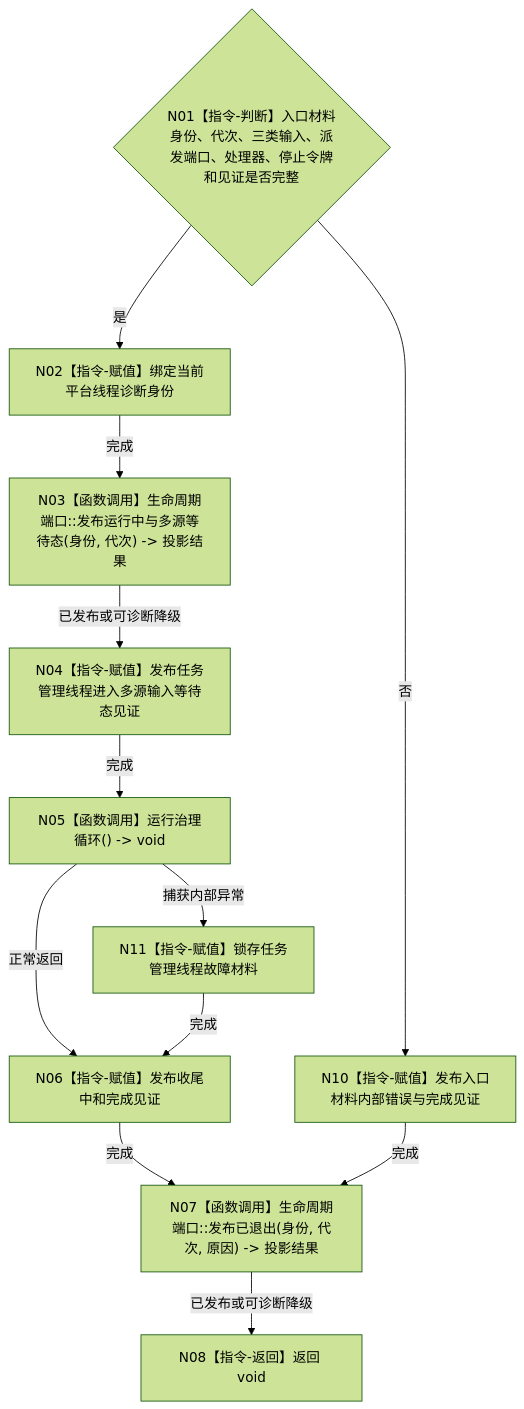
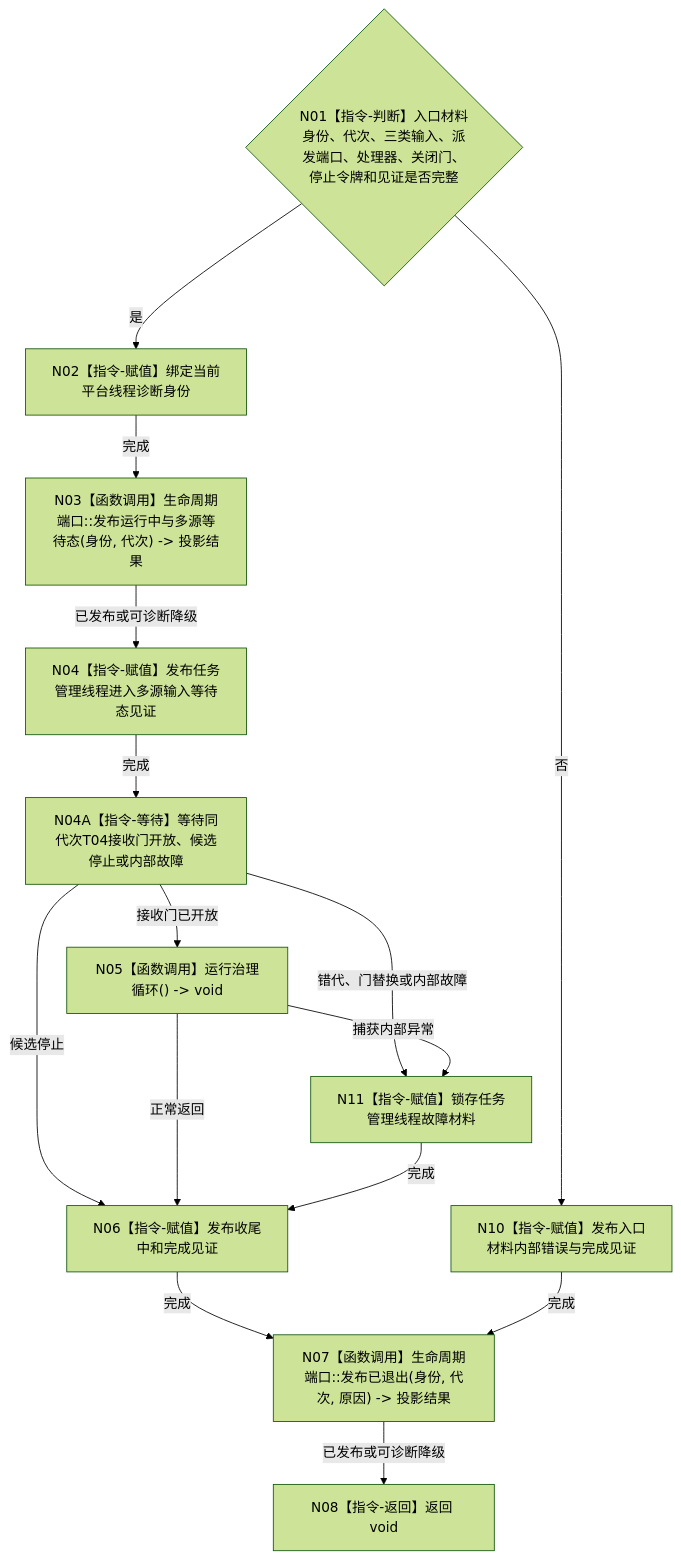
The diagram in 流程图/目标业务流程图/L4/BIZ-L4-001-06-01-02_运行任务管理线程入口_目标函数流程图_v0.1.md (chunhaizh-cyber/HY-Ego), drawn with Mermaid (forest theme) before and after one commit. The commit also changed other lines of this file and 17 other files, not shown here.

````diff
--- a/流程图/目标业务流程图/L4/BIZ-L4-001-06-01-02_运行任务管理线程入口_目标函数流程图_v0.1.md
+++ b/流程图/目标业务流程图/L4/BIZ-L4-001-06-01-02_运行任务管理线程入口_目标函数流程图_v0.1.md
@@ -31,14 +31,17 @@
 ```mermaid
 flowchart TD
- N01{"N01【指令-判断】入口材料身份、代次、三类输入、派发端口、处理器、停止令牌和见证是否完整"} -->|否| N10["N10【指令-赋值】发布入口材料内部错误与完成见证"]
+ N01{"N01【指令-判断】入口材料身份、代次、三类输入、派发端口、处理器、关闭门、停止令牌和见证是否完整"} -->|否| N10["N10【指令-赋值】发布入口材料内部错误与完成见证"]
  N01 -->|是| N02["N02【指令-赋值】绑定当前平台线程诊断身份"]
  N02 -->|完成| N03["N03【函数调用】生命周期端口::发布运行中与多源等待态(身份, 代次) -> 投影结果"]
  N03 -->|已发布或可诊断降级| N04["N04【指令-赋值】发布任务管理线程进入多源输入等待态见证"]
- N04 -->|完成| N05["N05【函数调用】运行治理循环() -> void"]
+ N04 -->|完成| N04A["N04A【指令-等待】等待同代次T04接收门开放、候选停止或内部故障"]
+ N04A -->|接收门已开放| N05["N05【函数调用】运行治理循环() -> void"]
+ N04A -->|候选停止| N06
+ N04A -->|错代、门替换或内部故障| N11["N11【指令-赋值】锁存任务管理线程故障材料"]
  N05 -->|正常返回| N06["N06【指令-赋值】发布收尾中和完成见证"]
- N05 -->|捕获内部异常| N11["N11【指令-赋值】锁存任务管理线程故障材料"]
+ N05 -->|捕获内部异常| N11
  N11 -->|完成| N06
  N06 -->|完成| N07["N07【函数调用】生命周期端口::发布已退出(身份, 代次, 原因) -> 投影结果"]
  N07 -->|已发布或可诊断降级| N08["N08【指令-返回】返回 void"]
  N10 -->|完成| N07
 ```
````
